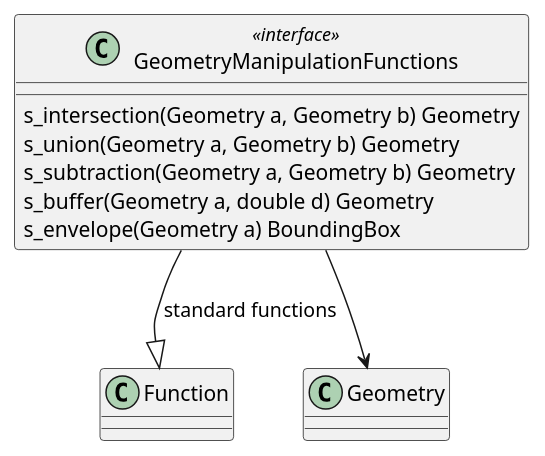
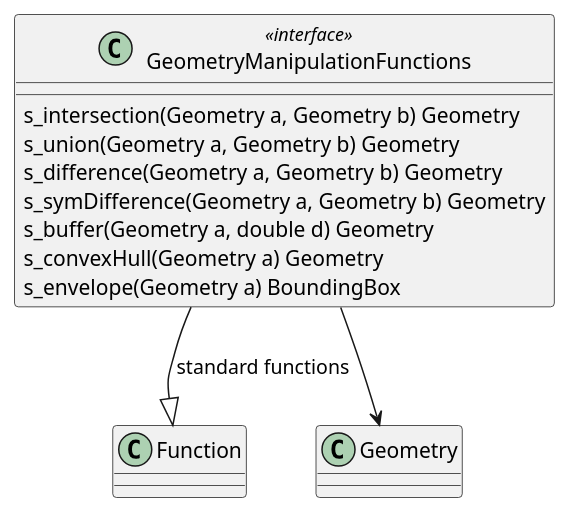
Before and after one commit to opengeospatial/styles-and-symbology: the eighth of 8 diagrams in core/sections/clause_18_functions.adoc, drawn with PlantUML. The commit also changed other lines of this file, not shown here.

Commit message:
18-functions: Updates to match Simple Features Access - Renamed subraction -> difference - Added symDifference(): Symbolic Difference (XOR) - Added convexHull() - Added envelope() missing from table (was already in UML)

```diff
--- a/core/sections/clause_18_functions.adoc
+++ b/core/sections/clause_18_functions.adoc
@@ -515,11 +515,13 @@
 [plantuml, target=diagram-classes, format=png]
 ....
 class GeometryManipulationFunctions <<interface>>
 GeometryManipulationFunctions --|> Function : standard functions
 GeometryManipulationFunctions : s_intersection(Geometry a, Geometry b) Geometry
 GeometryManipulationFunctions : s_union(Geometry a, Geometry b) Geometry
-GeometryManipulationFunctions : s_subtraction(Geometry a, Geometry b) Geometry
+GeometryManipulationFunctions : s_difference(Geometry a, Geometry b) Geometry
+GeometryManipulationFunctions : s_symDifference(Geometry a, Geometry b) Geometry
 GeometryManipulationFunctions : s_buffer(Geometry a, double d) Geometry
+GeometryManipulationFunctions : s_convexHull(Geometry a) Geometry
 GeometryManipulationFunctions : s_envelope(Geometry a) BoundingBox
 GeometryManipulationFunctions --> Geometry
 ....
```
